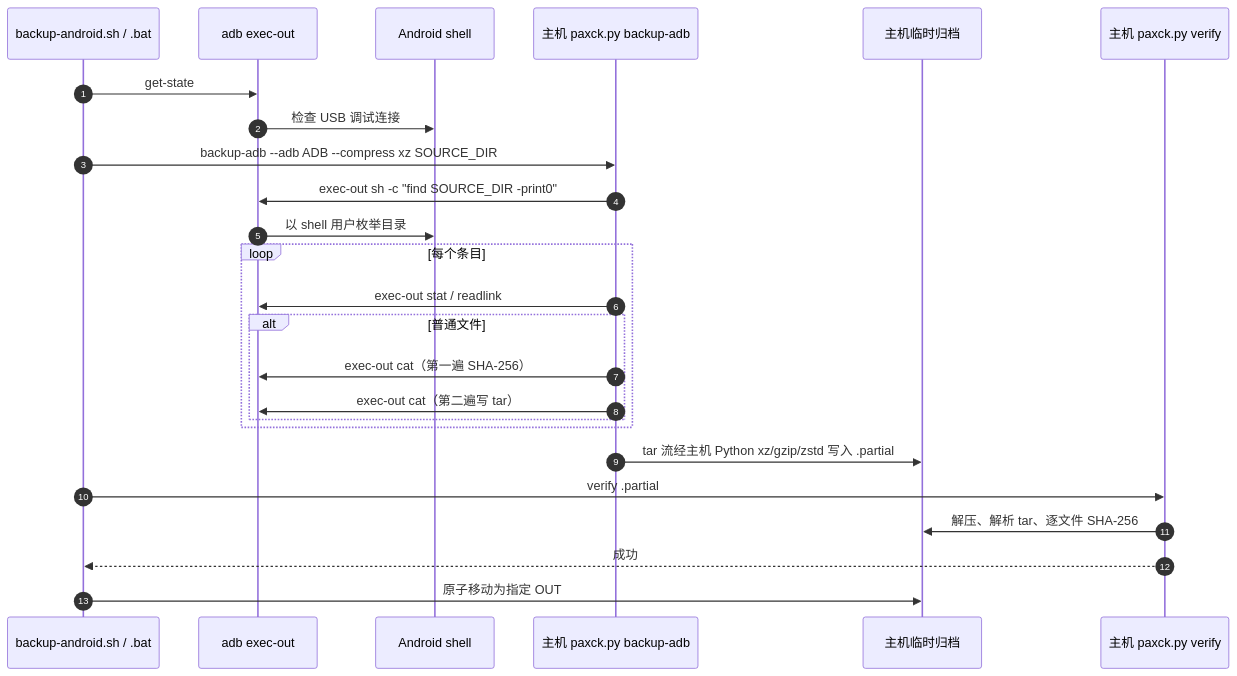
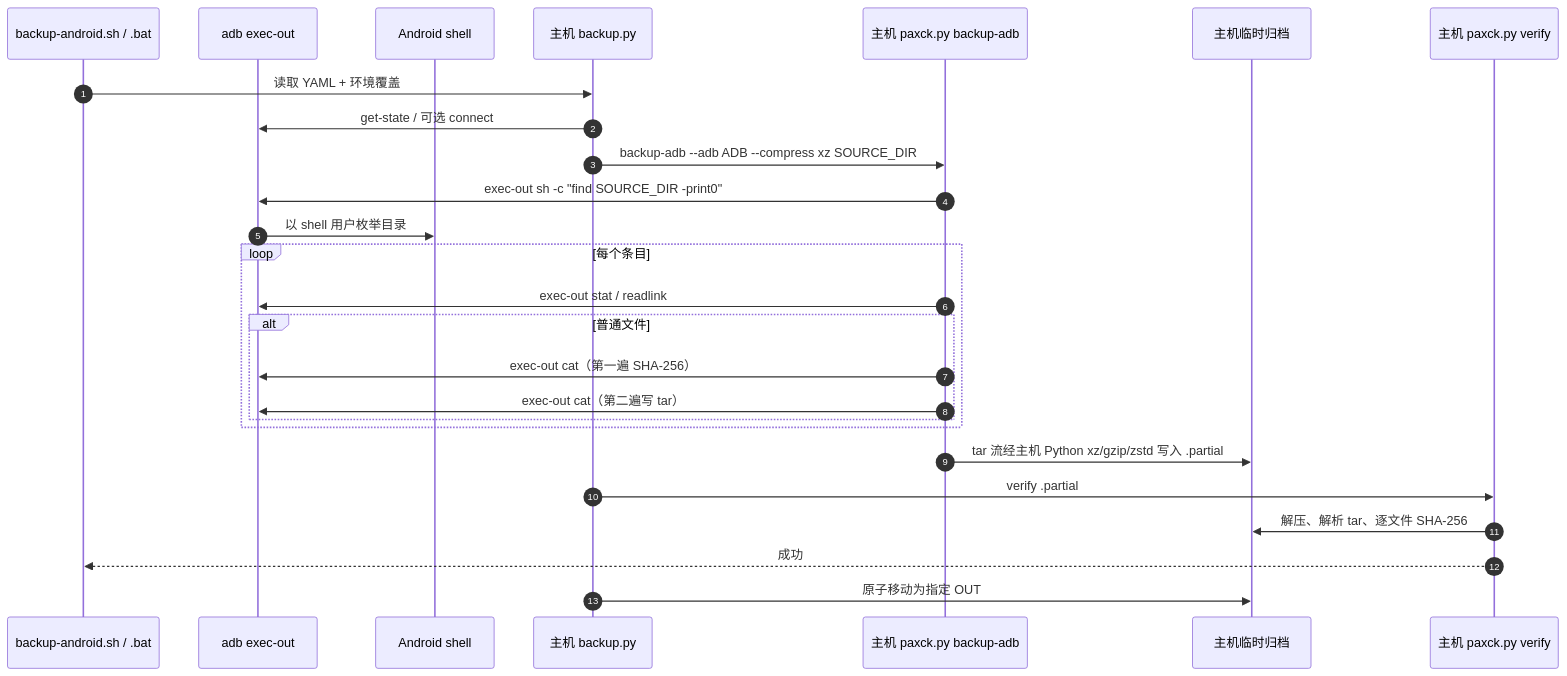
One commit to What410802/AndBackup changed the first of 2 diagrams in docs/flow.md. Above: the diagram before and after it, drawn with Mermaid. The commit also changed other lines of this file and 14 other files, not shown here.

````diff
--- a/docs/flow.md
+++ b/docs/flow.md
@@ -9,28 +9,29 @@
 ```mermaid
 sequenceDiagram
     autonumber
     participant SH as backup-android.sh / .bat
     participant ADB as adb exec-out
     participant SYS as Android shell
+    participant BP as 主机 backup.py
     participant PX as 主机 paxck.py backup-adb
     participant DISK as 主机临时归档
     participant VFY as 主机 paxck.py verify
 
-    SH->>ADB: get-state
-    ADB->>SYS: 检查 USB 调试连接
-    SH->>PX: backup-adb --adb ADB --compress xz SOURCE_DIR
+    SH->>BP: 读取 YAML + 环境覆盖
+    BP->>ADB: get-state / 可选 connect
+    BP->>PX: backup-adb --adb ADB --compress xz SOURCE_DIR
     PX->>ADB: exec-out sh -c "find SOURCE_DIR -print0"
     ADB->>SYS: 以 shell 用户枚举目录
     loop 每个条目
         PX->>ADB: exec-out stat / readlink
         alt 普通文件
             PX->>ADB: exec-out cat（第一遍 SHA-256）
             PX->>ADB: exec-out cat（第二遍写 tar）
         end
     end
     PX->>DISK: tar 流经主机 Python xz/gzip/zstd 写入 .partial
-    SH->>VFY: verify .partial
+    BP->>VFY: verify .partial
     VFY->>DISK: 解压、解析 tar、逐文件 SHA-256
     VFY-->>SH: 成功
-    SH->>DISK: 原子移动为指定 OUT
+    BP->>DISK: 原子移动为指定 OUT
 ```
````
